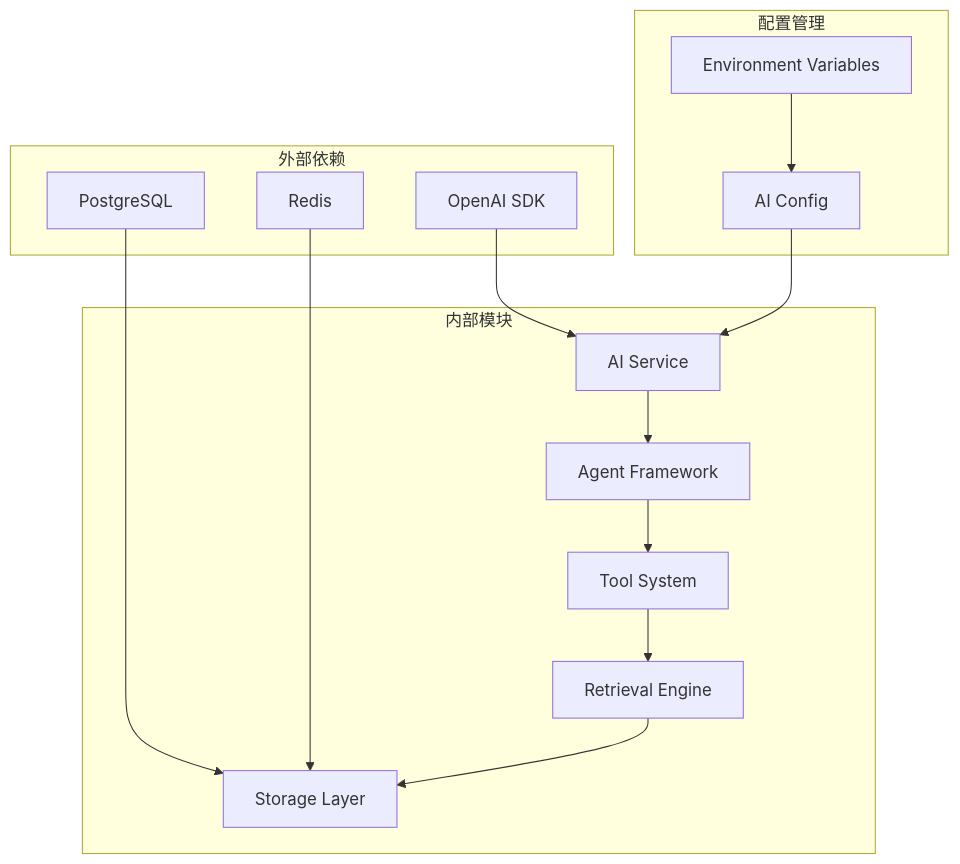
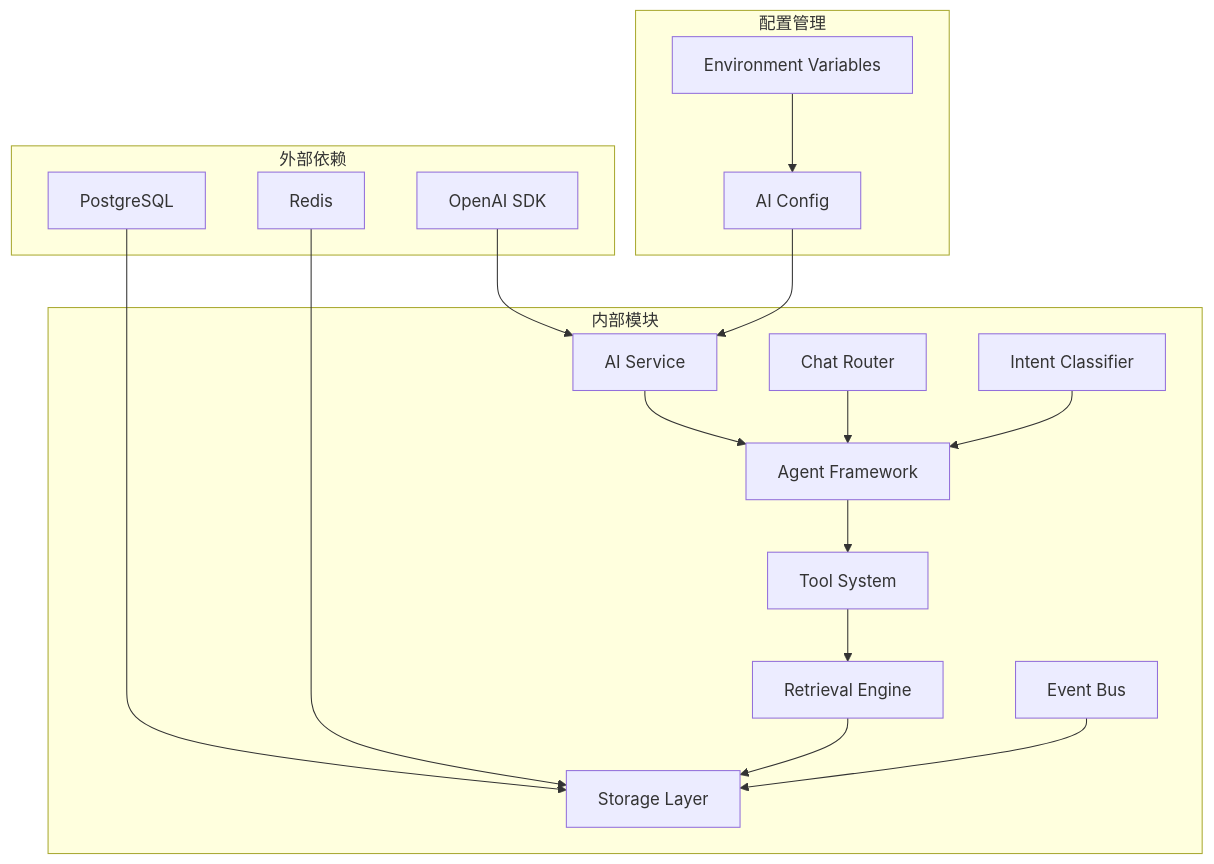
Before and after one commit to hrygo/memos: diagram 20 of 20 in .qoder/repowiki/zh/content/后端服务架构/API 服务层设计/具体服务实现/AI 服务实现.md, drawn with Mermaid. The commit also changed other lines of this file and 29 other files, not shown here.

````diff
--- a/.qoder/repowiki/zh/content/后端服务架构/API 服务层设计/具体服务实现/AI 服务实现.md
+++ b/.qoder/repowiki/zh/content/后端服务架构/API 服务层设计/具体服务实现/AI 服务实现.md
@@ -608,28 +776,34 @@
 ```mermaid
 graph TB
 subgraph "外部依赖"
 A[OpenAI SDK]
 B[PostgreSQL]
 C[Redis]
 end
 subgraph "内部模块"
 D[AI Service]
 E[Agent Framework]
 F[Tool System]
 G[Retrieval Engine]
 H[Storage Layer]
+I[Event Bus]
+J[Chat Router]
+K[Intent Classifier]
 end
 subgraph "配置管理"
-I[AI Config]
-J[Environment Variables]
+L[AI Config]
+M[Environment Variables]
 end
 A --> D
 B --> H
 C --> H
 D --> E
 E --> F
 F --> G
 G --> H
-I --> D
-J --> I
+I --> H
+J --> E
+K --> E
+L --> D
+M --> L
 ```
````
